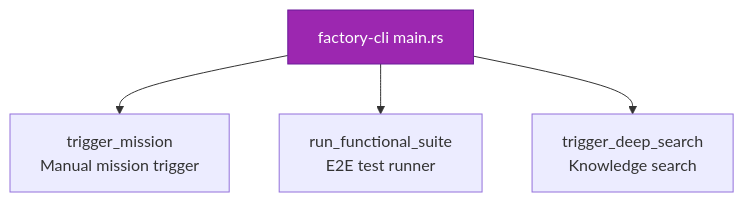
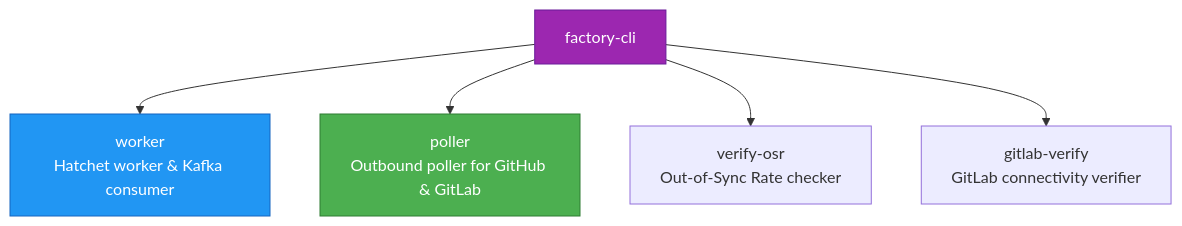
One commit to lgcorzo/rust_CACD_autonomous_factory changed the diagram in wiki/crates_factory-cli_src_main.md. Above: the diagram before and after it, drawn with Mermaid. The commit also changed other lines of this file and 17 other files, not shown here.

````diff
--- a/wiki/crates_factory-cli_src_main.md
+++ b/wiki/crates_factory-cli_src_main.md
@@ -10,9 +11,11 @@
 ```mermaid
 graph TB
-    CLI["factory-cli main.rs"]
-    CLI --> TM["trigger_mission<br/>Manual mission trigger"]
-    CLI --> RFS["run_functional_suite<br/>E2E test runner"]
-    CLI --> TDS["trigger_deep_search<br/>Knowledge search"]
+    CLI["factory-cli"] --> W["worker<br/>Hatchet worker & Kafka consumer"]
+    CLI --> P["poller<br/>Outbound poller for GitHub & GitLab"]
+    CLI --> VOSR["verify-osr<br/>Out-of-Sync Rate checker"]
+    CLI --> GV["gitlab-verify<br/>GitLab connectivity verifier"]
 
     style CLI fill:#9C27B0,stroke:#6A1B9A,color:#fff
+    style W fill:#2196F3,stroke:#1565C0,color:#fff
+    style P fill:#4CAF50,stroke:#2E7D32,color:#fff
 ```
````
